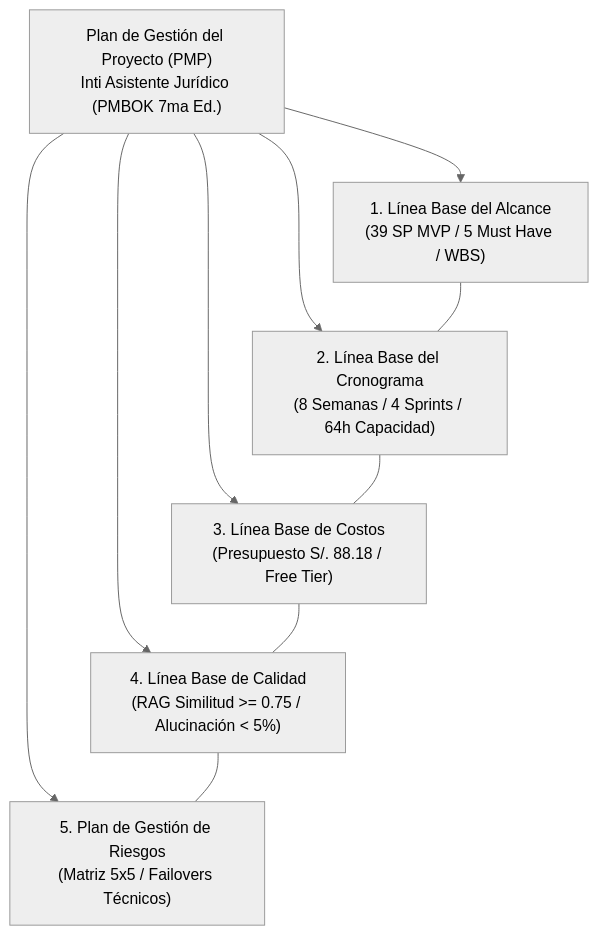
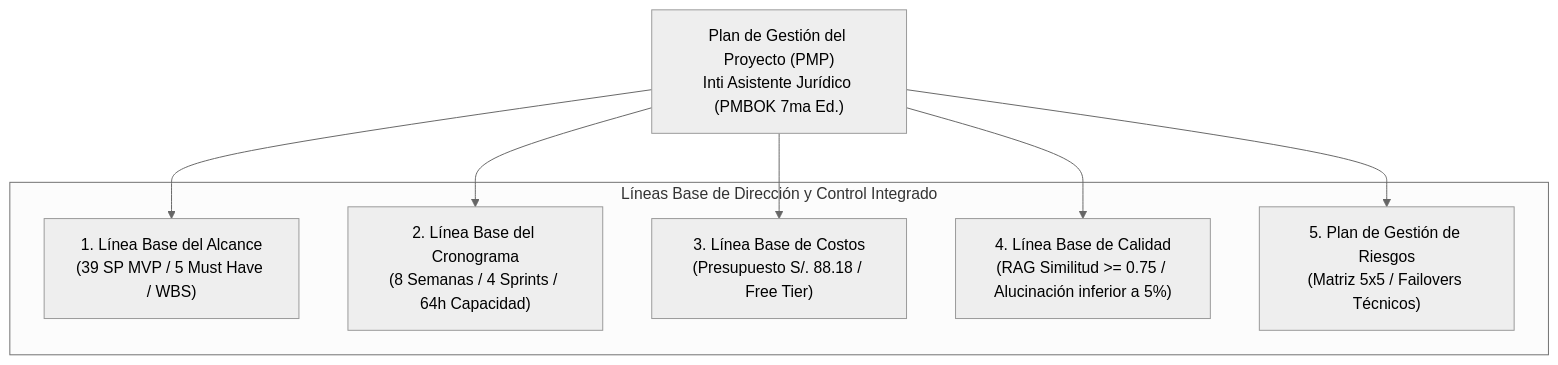
The diagram in management/01-pmp/01-00-indice-pmp.md (jorghee/inti-rag), drawn with Mermaid (neutral theme) before and after one commit. The commit also changed 5 other files, not shown here.

Commit message:
fix(docs): sanitize mermaid diagrams for native github rendering

````diff
--- a/management/01-pmp/01-00-indice-pmp.md
+++ b/management/01-pmp/01-00-indice-pmp.md
@@ -16,15 +16,18 @@
 ```mermaid
 flowchart TD
-    PMP["Plan de Gestión del Proyecto (PMP)<br/>Inti Asistente Jurídico (PMBOK 7ma Ed.)"]
+    PMP["Plan de Gestión del Proyecto (PMP)\nInti Asistente Jurídico (PMBOK 7ma Ed.)"]
     
-    PMP --> B1["1. Línea Base del Alcance<br/>(39 SP MVP / 5 Must Have / WBS)"]
-    PMP --> B2["2. Línea Base del Cronograma<br/>(8 Semanas / 4 Sprints / 64h Capacidad)"]
-    PMP --> B3["3. Línea Base de Costos<br/>(Presupuesto S/. 88.18 / Free Tier)"]
-    PMP --> B4["4. Línea Base de Calidad<br/>(RAG Similitud >= 0.75 / Alucinación < 5%)"]
-    PMP --> B5["5. Plan de Gestión de Riesgos<br/>(Matriz 5x5 / Failovers Técnicos)"]
+    subgraph Baselines["Líneas Base de Dirección y Control Integrado"]
+        B1["1. Línea Base del Alcance\n(39 SP MVP / 5 Must Have / WBS)"]
+        B2["2. Línea Base del Cronograma\n(8 Semanas / 4 Sprints / 64h Capacidad)"]
+        B3["3. Línea Base de Costos\n(Presupuesto S/. 88.18 / Free Tier)"]
+        B4["4. Línea Base de Calidad\n(RAG Similitud >= 0.75 / Alucinación inferior a 5%)"]
+        B5["5. Plan de Gestión de Riesgos\n(Matriz 5x5 / Failovers Técnicos)"]
+    end
 
-    B1 --- B2
-    B2 --- B3
-    B3 --- B4
-    B4 --- B5
+    PMP --> B1
+    PMP --> B2
+    PMP --> B3
+    PMP --> B4
+    PMP --> B5
 ```
````
